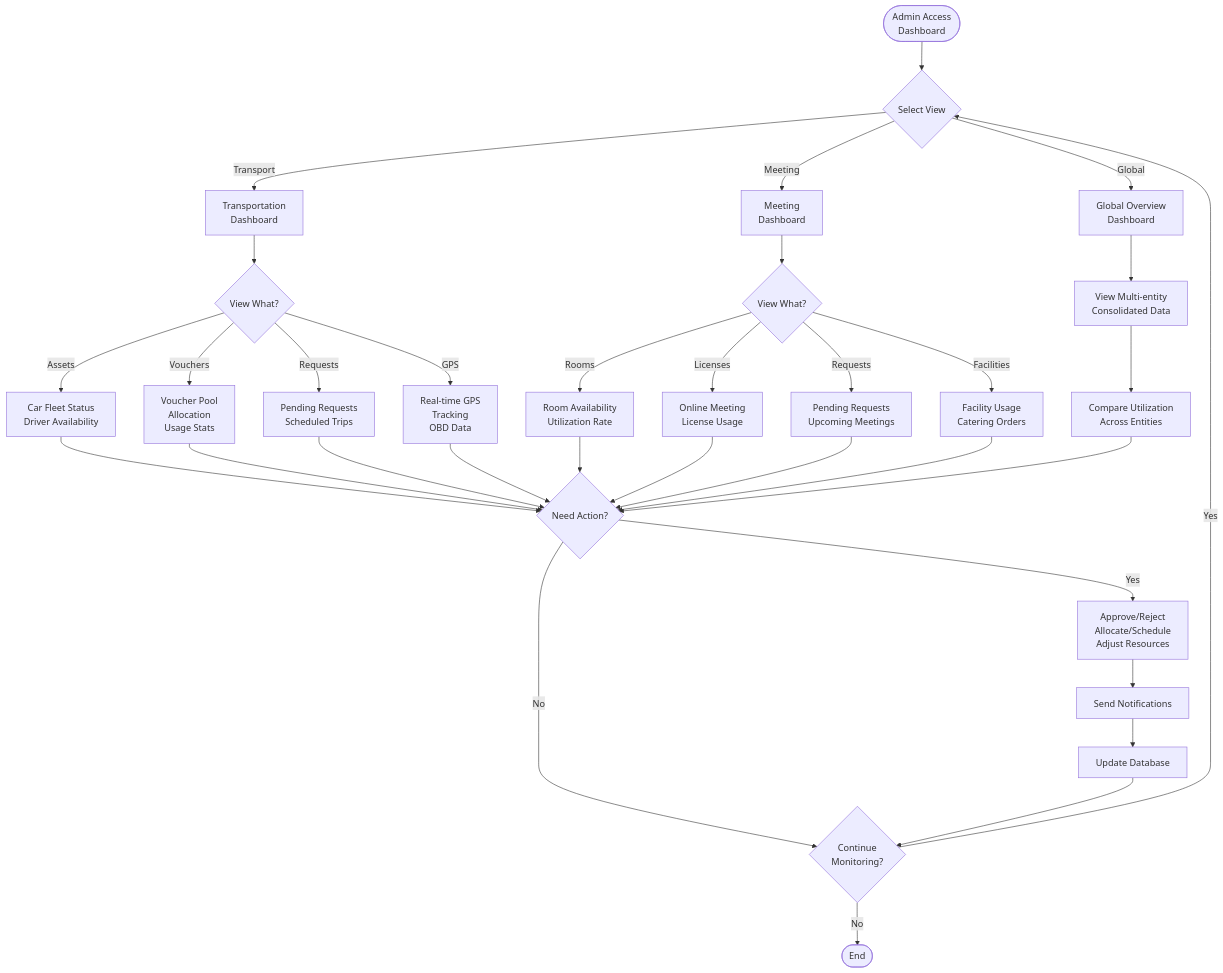
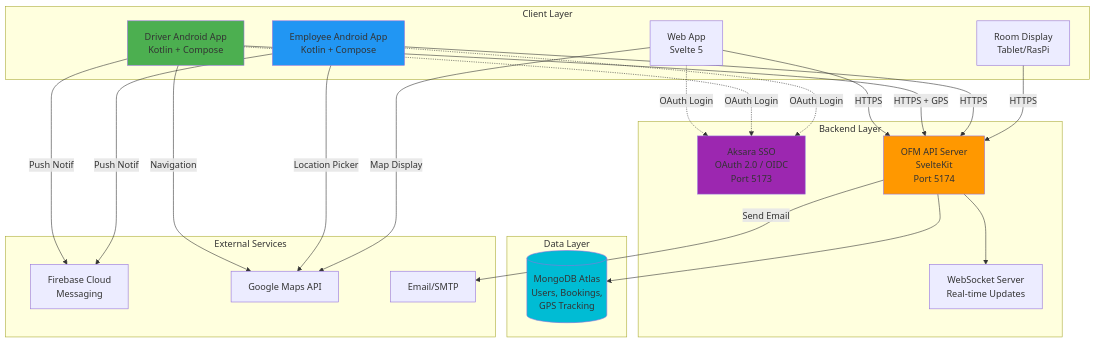
One commit to linheriawan/ofm changed the diagram in CLAUDE.md. Above: the diagram before and after it, drawn with Mermaid. The commit also changed other lines of this file and 46 other files, not shown here.

````diff
--- a/CLAUDE.md
+++ b/CLAUDE.md
@@ -176,42 +131,51 @@
 ```mermaid
-flowchart TD
-    Start([Admin Access<br/>Dashboard]) --> SelectView{Select View}
+graph TB
+    subgraph "Client Layer"
+        WEB[Web App<br/>Svelte 5]
+        DRIVER[Driver Android App<br/>Kotlin + Compose]
+        EMP[Employee Android App<br/>Kotlin + Compose]
+        TABLET[Room Display<br/>Tablet/RasPi]
+    end
 
-    SelectView -->|Transport| TransDash[Transportation<br/>Dashboard]
-    SelectView -->|Meeting| MeetDash[Meeting<br/>Dashboard]
-    SelectView -->|Global| GlobalDash[Global Overview<br/>Dashboard]
+    subgraph "Backend Layer"
+        SSO[Aksara SSO<br/>OAuth 2.0 / OIDC<br/>Port 5173]
+        API[OFM API Server<br/>SvelteKit<br/>Port 5174]
+        WS[WebSocket Server<br/>Real-time Updates]
+    end
 
-    TransDash --> ViewTrans{View What?}
-    ViewTrans -->|Assets| AssetView[Car Fleet Status<br/>Driver Availability]
-    ViewTrans -->|Vouchers| VoucherView[Voucher Pool<br/>Allocation<br/>Usage Stats]
-    ViewTrans -->|Requests| TransReqView[Pending Requests<br/>Scheduled Trips]
-    ViewTrans -->|GPS| GPSView[Real-time GPS<br/>Tracking<br/>OBD Data]
+    subgraph "Data Layer"
+        MONGO[(MongoDB Atlas<br/>Users, Bookings,<br/>GPS Tracking)]
+    end
 
-    AssetView --> TakeAction{Need Action?}
-    VoucherView --> TakeAction
-    TransReqView --> TakeAction
-    GPSView --> TakeAction
+    subgraph "External Services"
+        FCM[Firebase Cloud<br/>Messaging]
+        MAPS[Google Maps API]
+        SMTP[Email/SMTP]
+    end
 
-    MeetDash --> ViewMeet{View What?}
-    ViewMeet -->|Rooms| RoomView[Room Availability<br/>Utilization Rate]
-    ViewMeet -->|Licenses| LicenseView[Online Meeting<br/>License Usage]
-    ViewMeet -->|Requests| MeetReqView[Pending Requests<br/>Upcoming Meetings]
-    ViewMeet -->|Facilities| FacilityView[Facility Usage<br/>Catering Orders]
+    WEB -->|HTTPS| API
+    DRIVER -->|HTTPS + GPS| API
+    EMP -->|HTTPS| API
+    TABLET -->|HTTPS| API
 
-    RoomView --> TakeAction
-    LicenseView --> TakeAction
-    MeetReqView --> TakeAction
-    FacilityView --> TakeAction
+    WEB -.->|OAuth Login| SSO
+    DRIVER -.->|OAuth Login| SSO
+    EMP -.->|OAuth Login| SSO
 
-    GlobalDash --> MultiEntity[View Multi-entity<br/>Consolidated Data]
-    MultiEntity --> CompareUtil[Compare Utilization<br/>Across Entities]
-    CompareUtil --> TakeAction
+    API --> MONGO
+    API --> WS
+    API -->|Send Email| SMTP
 
-    TakeAction -->|Yes| ProcessAction[Approve/Reject<br/>Allocate/Schedule<br/>Adjust Resources]
-    TakeAction -->|No| Continue{Continue<br/>Monitoring?}
-    ProcessAction --> Notify[Send Notifications]
-    Notify --> UpdateDB[Update Database]
-    UpdateDB --> Continue
-    Continue -->|Yes| SelectView
-    Continue -->|No| End([End])
+    DRIVER -->|Push Notif| FCM
+    EMP -->|Push Notif| FCM
+
+    DRIVER -->|Navigation| MAPS
+    EMP -->|Location Picker| MAPS
+    WEB -->|Map Display| MAPS
+
+    style DRIVER fill:#4CAF50
+    style EMP fill:#2196F3
+    style API fill:#FF9800
+    style SSO fill:#9C27B0
+    style MONGO fill:#00BCD4
 ```
````
